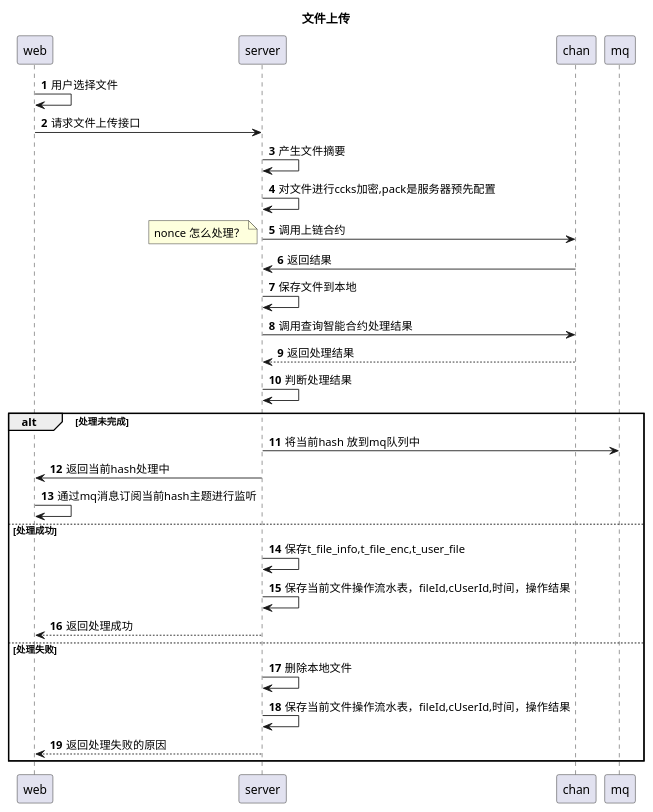
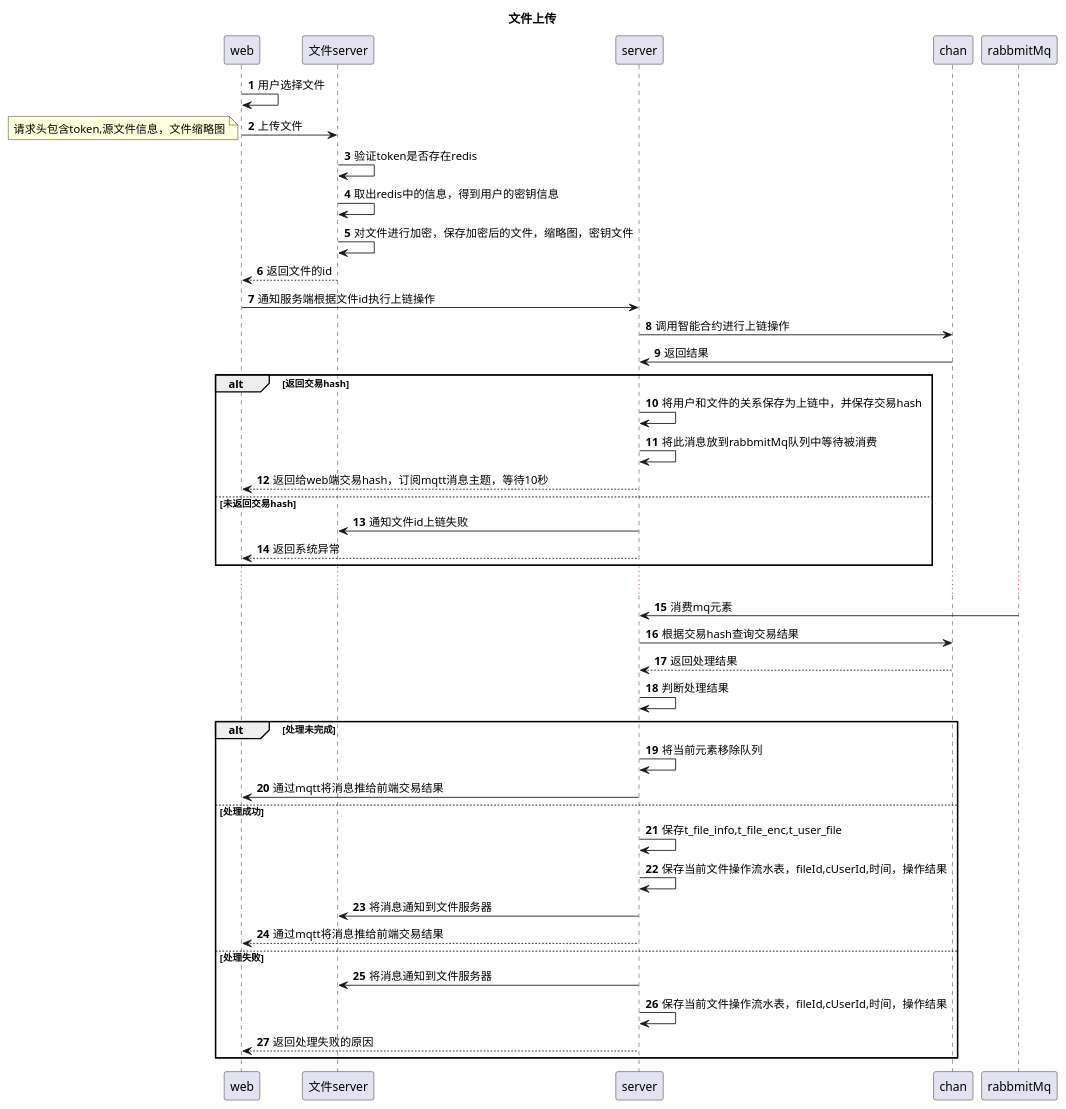
One commit to 13589080127/zc-design changed the diagram in doc/旷肽链文件授权/文件上传.puml. Above: the diagram before and after it, drawn with PlantUML. The commit also changed 9 other files, not shown here.

Commit message:
增加uml 图

```diff
--- a/doc/旷肽链文件授权/文件上传.puml
+++ b/doc/旷肽链文件授权/文件上传.puml
@@ -1,28 +1,40 @@
 @startuml
 title: 文件上传
 autonumber
 web->web:用户选择文件
-web->server:请求文件上传接口
-server->server:产生文件摘要
-server->server:对文件进行ccks加密,pack是服务器预先配置
-server->chan:调用上链合约
-note left:nonce 怎么处理？
+web->文件server:上传文件
+note left: 请求头包含token,源文件信息，文件缩略图
+文件server->文件server:验证token是否存在redis
+文件server->文件server:取出redis中的信息，得到用户的密钥信息
+文件server->文件server:对文件进行加密，保存加密后的文件，缩略图，密钥文件
+文件server-->web:返回文件的id
+web->server:通知服务端根据文件id执行上链操作
+server->chan:调用智能合约进行上链操作
 chan->server:返回结果
-server->server:保存文件到本地
-server->chan:调用查询智能合约处理结果
+alt 返回交易hash
+server->server:将用户和文件的关系保存为上链中，并保存交易hash
+server->server:将此消息放到rabbmitMq队列中等待被消费
+server-->web:返回给web端交易hash，订阅mqtt消息主题，等待10秒
+else 未返回交易hash
+server->文件server:通知文件id上链失败
+server-->web:返回系统异常
+end
+...
+rabbmitMq->server:消费mq元素
+server->chan:根据交易hash查询交易结果
 chan-->server:返回处理结果
 server->server:判断处理结果
 alt 处理未完成
-server->mq:将当前hash 放到mq队列中
-server->web:返回当前hash处理中
-web->web:通过mq消息订阅当前hash主题进行监听
+server->server:将当前元素移除队列
+server->web:通过mqtt将消息推给前端交易结果
 else 处理成功
 server->server:保存t_file_info,t_file_enc,t_user_file
 server->server:保存当前文件操作流水表，fileId,cUserId,时间，操作结果
-server-->web:返回处理成功
+server->文件server:将消息通知到文件服务器
+server-->web:通过mqtt将消息推给前端交易结果
 else 处理失败
-server->server:删除本地文件
+server->文件server:将消息通知到文件服务器
 server->server:保存当前文件操作流水表，fileId,cUserId,时间，操作结果
 server-->web:返回处理失败的原因
 end
 @enduml
```
